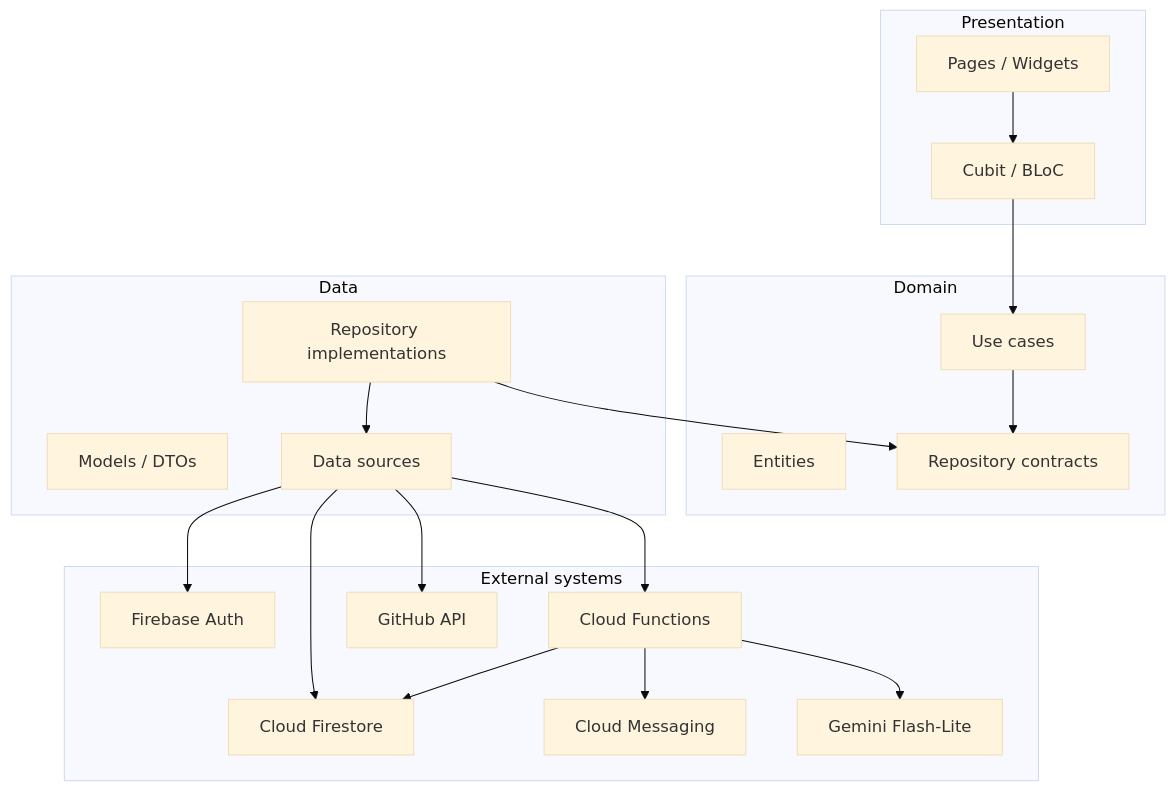
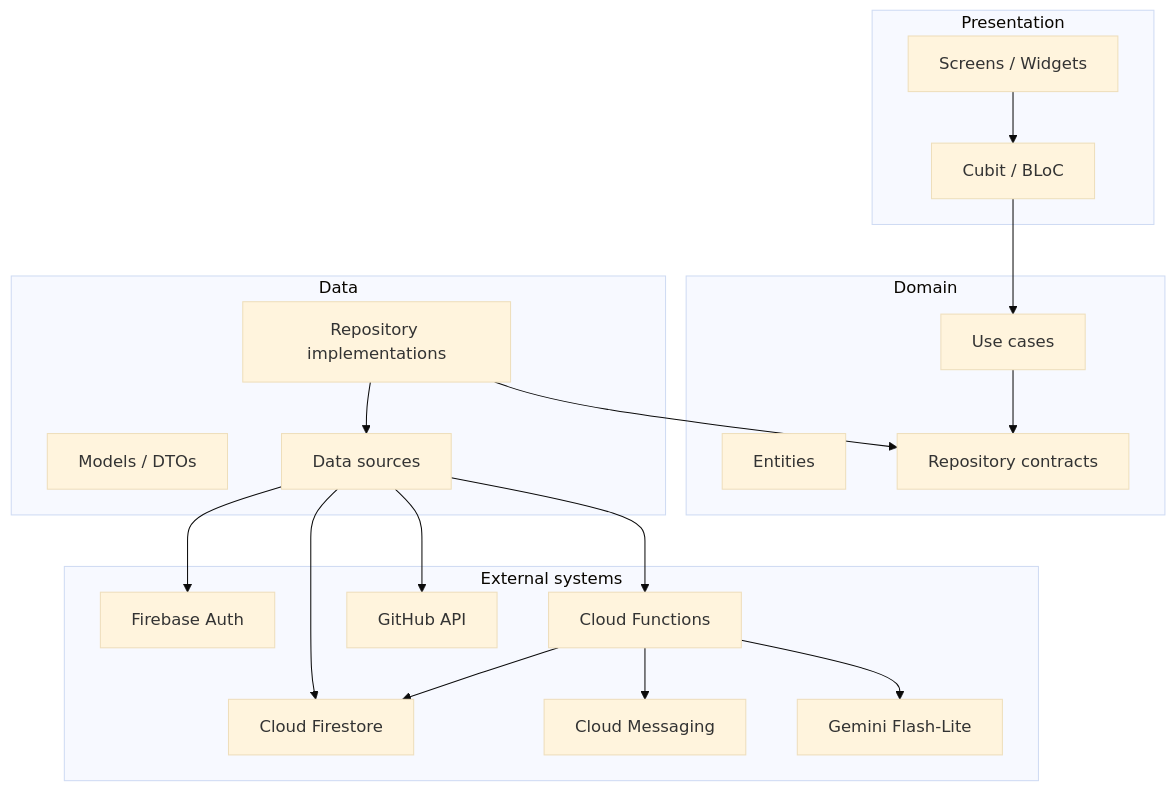
Before and after one commit to devDoniaAlhosin/devsync-open-source-collaboration-app: the diagram in README.md, drawn with Mermaid (base theme). The commit also changed other lines of this file and 90 other files, not shown here.

Commit message:
Polish staging UI: auth screens migration, shared motion widgets, notifications, and transparent project action bars.

````diff
--- a/README.md
+++ b/README.md
@@ -176,41 +176,41 @@
 ```mermaid
 flowchart TB
   subgraph Presentation["Presentation"]
-    Pages["Pages / Widgets"]
+    Screens["Screens / Widgets"]
     Cubits["Cubit / BLoC"]
   end
 
   subgraph Domain["Domain"]
     UseCases["Use cases"]
     Entities["Entities"]
     Contracts["Repository contracts"]
   end
 
   subgraph Data["Data"]
     Repos["Repository implementations"]
     Models["Models / DTOs"]
     Sources["Data sources"]
   end
 
   subgraph External["External systems"]
     Auth["Firebase Auth"]
     FS["Cloud Firestore"]
     Functions["Cloud Functions"]
     FCM["Cloud Messaging"]
     GitHub["GitHub API"]
     LLM["Gemini Flash-Lite"]
   end
 
-  Pages --> Cubits
+  Screens --> Cubits
   Cubits --> UseCases
   UseCases --> Contracts
   Repos --> Contracts
   Repos --> Sources
   Sources --> Auth
   Sources --> FS
   Sources --> Functions
   Functions --> FS
   Functions --> FCM
   Functions --> LLM
   Sources --> GitHub
 ```
````
